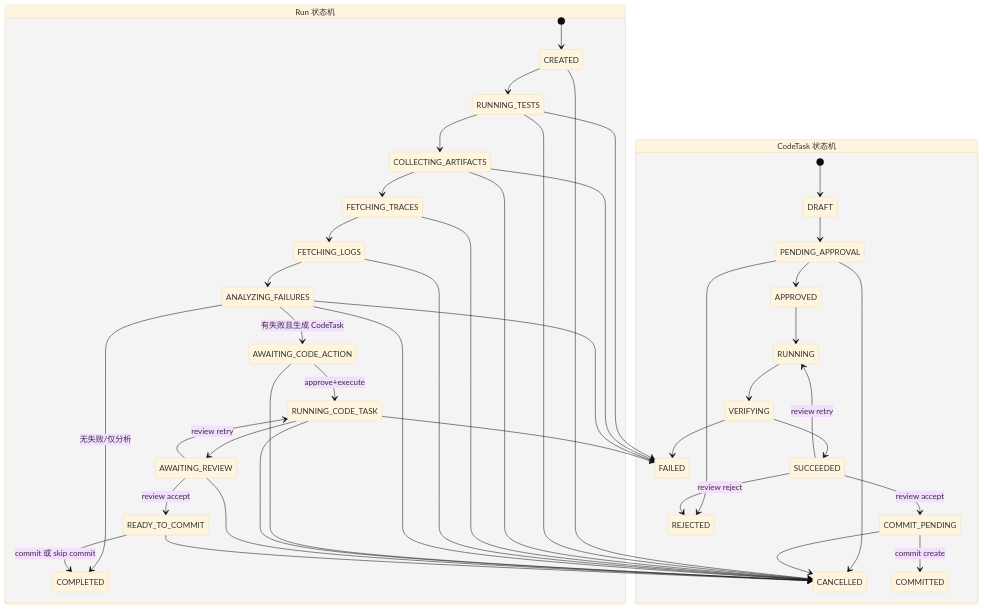
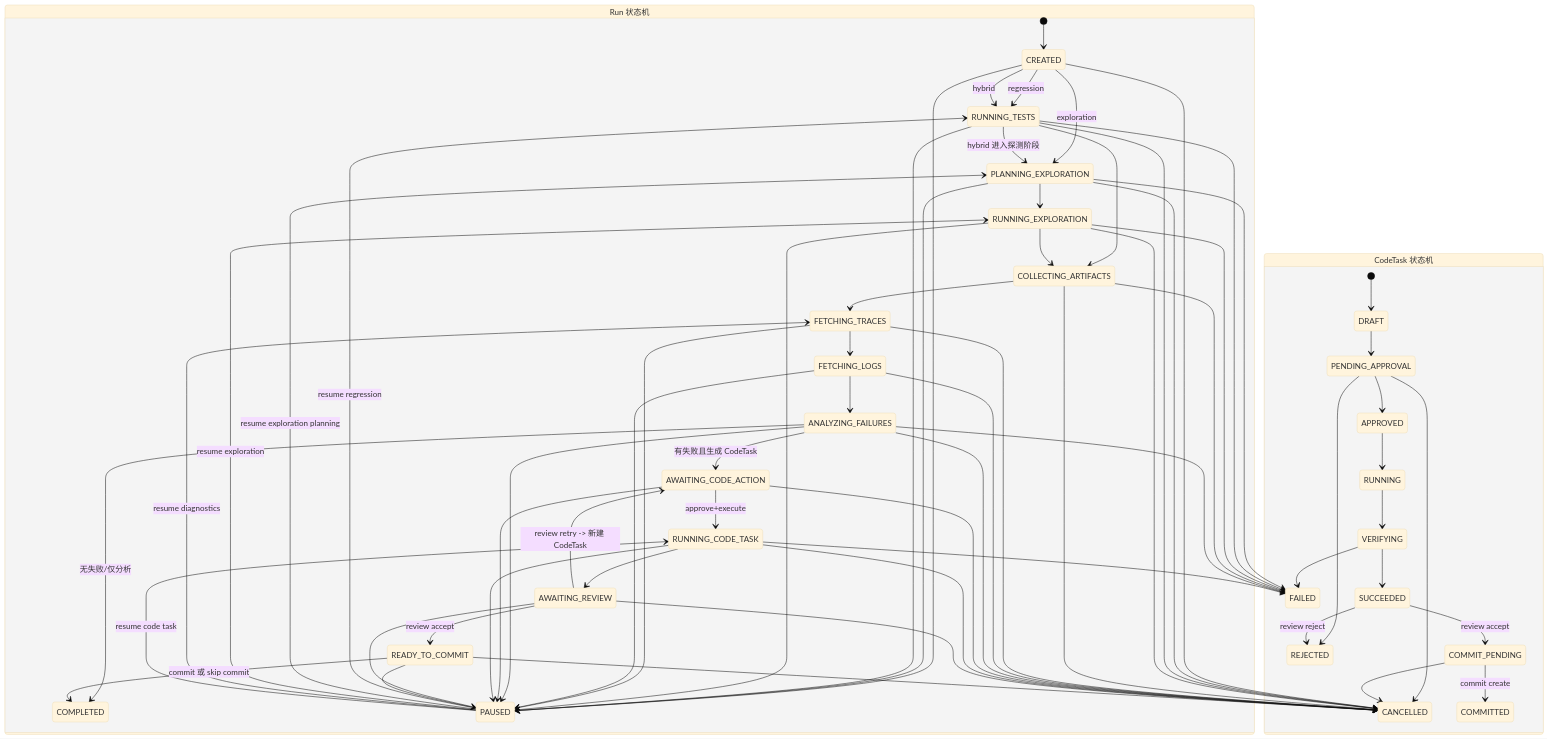
The third of 3 diagrams in docs/design.md (Zack-Zz/ai-regression-workbench), drawn with Mermaid (base theme) before and after one commit. The commit also changed other lines of this file and 21 other files, not shown here.

````diff
--- a/docs/design.md
+++ b/docs/design.md
@@ -704,57 +807,82 @@
 ```mermaid
 stateDiagram-v2
   direction TB
 
   state "Run 状态机" as RUN {
     [*] --> CREATED
-    CREATED --> RUNNING_TESTS
+    CREATED --> RUNNING_TESTS: regression
+    CREATED --> PLANNING_EXPLORATION: exploration
+    CREATED --> RUNNING_TESTS: hybrid
+    RUNNING_TESTS --> PLANNING_EXPLORATION: hybrid 进入探测阶段
+    PLANNING_EXPLORATION --> RUNNING_EXPLORATION
     RUNNING_TESTS --> COLLECTING_ARTIFACTS
+    RUNNING_EXPLORATION --> COLLECTING_ARTIFACTS
     COLLECTING_ARTIFACTS --> FETCHING_TRACES
     FETCHING_TRACES --> FETCHING_LOGS
     FETCHING_LOGS --> ANALYZING_FAILURES
     ANALYZING_FAILURES --> AWAITING_CODE_ACTION: 有失败且生成 CodeTask
     ANALYZING_FAILURES --> COMPLETED: 无失败/仅分析
 
     AWAITING_CODE_ACTION --> RUNNING_CODE_TASK: approve+execute
     RUNNING_CODE_TASK --> AWAITING_REVIEW
     AWAITING_REVIEW --> READY_TO_COMMIT: review accept
-    AWAITING_REVIEW --> RUNNING_CODE_TASK: review retry
+    AWAITING_REVIEW --> AWAITING_CODE_ACTION: review retry -> 新建 CodeTask
     READY_TO_COMMIT --> COMPLETED: commit 或 skip commit
 
     CREATED --> CANCELLED
+    PLANNING_EXPLORATION --> CANCELLED
     RUNNING_TESTS --> CANCELLED
+    RUNNING_EXPLORATION --> CANCELLED
     COLLECTING_ARTIFACTS --> CANCELLED
     FETCHING_TRACES --> CANCELLED
     FETCHING_LOGS --> CANCELLED
     ANALYZING_FAILURES --> CANCELLED
     AWAITING_CODE_ACTION --> CANCELLED
     RUNNING_CODE_TASK --> CANCELLED
     AWAITING_REVIEW --> CANCELLED
     READY_TO_COMMIT --> CANCELLED
 
+    CREATED --> PAUSED
+    PLANNING_EXPLORATION --> PAUSED
+    RUNNING_TESTS --> PAUSED
+    RUNNING_EXPLORATION --> PAUSED
+    FETCHING_TRACES --> PAUSED
+    FETCHING_LOGS --> PAUSED
+    ANALYZING_FAILURES --> PAUSED
+    AWAITING_CODE_ACTION --> PAUSED
+    RUNNING_CODE_TASK --> PAUSED
+    AWAITING_REVIEW --> PAUSED
+    READY_TO_COMMIT --> PAUSED
+    PAUSED --> RUNNING_TESTS: resume regression
+    PAUSED --> PLANNING_EXPLORATION: resume exploration planning
+    PAUSED --> RUNNING_EXPLORATION: resume exploration
+    PAUSED --> FETCHING_TRACES: resume diagnostics
+    PAUSED --> RUNNING_CODE_TASK: resume code task
+
+    PLANNING_EXPLORATION --> FAILED
     RUNNING_TESTS --> FAILED
+    RUNNING_EXPLORATION --> FAILED
     COLLECTING_ARTIFACTS --> FAILED
     ANALYZING_FAILURES --> FAILED
     RUNNING_CODE_TASK --> FAILED
   }
 
   state "CodeTask 状态机" as TASK {
     [*] --> DRAFT
     DRAFT --> PENDING_APPROVAL
     PENDING_APPROVAL --> APPROVED
     PENDING_APPROVAL --> REJECTED
     PENDING_APPROVAL --> CANCELLED
 
     APPROVED --> RUNNING
     RUNNING --> VERIFYING
     VERIFYING --> SUCCEEDED
     VERIFYING --> FAILED
 
     SUCCEEDED --> COMMIT_PENDING: review accept
-    SUCCEEDED --> RUNNING: review retry
     SUCCEEDED --> REJECTED: review reject
 
     COMMIT_PENDING --> COMMITTED: commit create
     COMMIT_PENDING --> CANCELLED
   }
 ```
````
